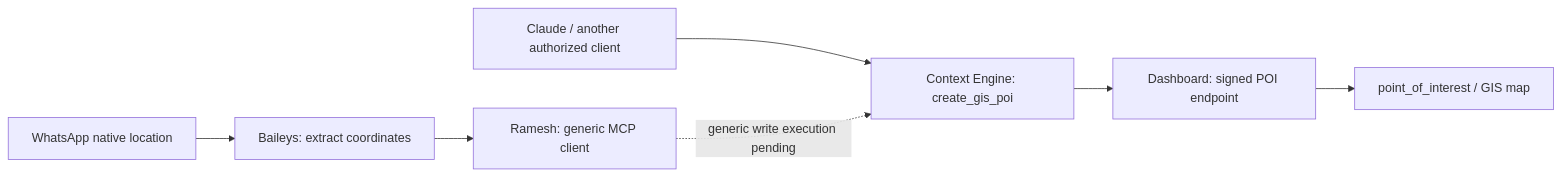
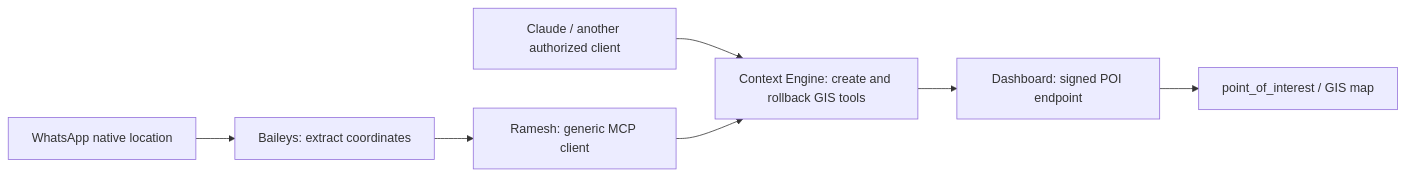
One commit to rs0125/context changed the diagram in docs/gis-write-tool.md. Above: the diagram before and after it, drawn with Mermaid. The commit also changed other lines of this file and 18 other files, not shown here.

Commit message:
Expose location resolution and audited GIS compensation tools

````diff
--- a/docs/gis-write-tool.md
+++ b/docs/gis-write-tool.md
@@ -7,9 +7,9 @@
 ```mermaid
 flowchart LR
   WA[WhatsApp native location] --> B[Baileys: extract coordinates]
   B --> R[Ramesh: generic MCP client]
-  C[Claude / another authorized client] --> CE[Context Engine: create_gis_poi]
-  R -. generic write execution pending .-> CE
+  C[Claude / another authorized client] --> CE[Context Engine: create and rollback GIS tools]
+  R --> CE
   CE --> API[Dashboard: signed POI endpoint]
   API --> GIS[point_of_interest / GIS map]
 ```
````
